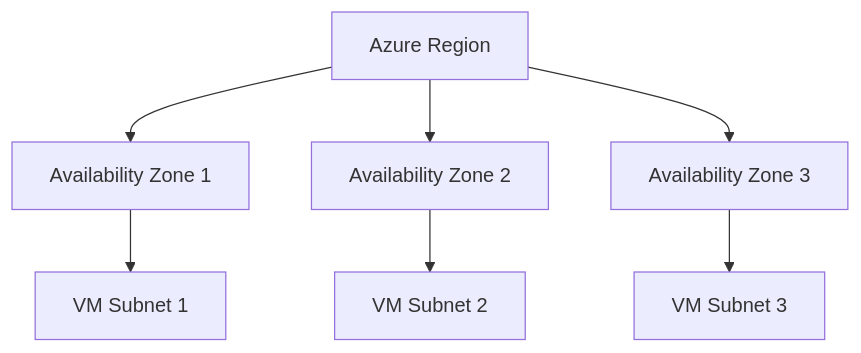
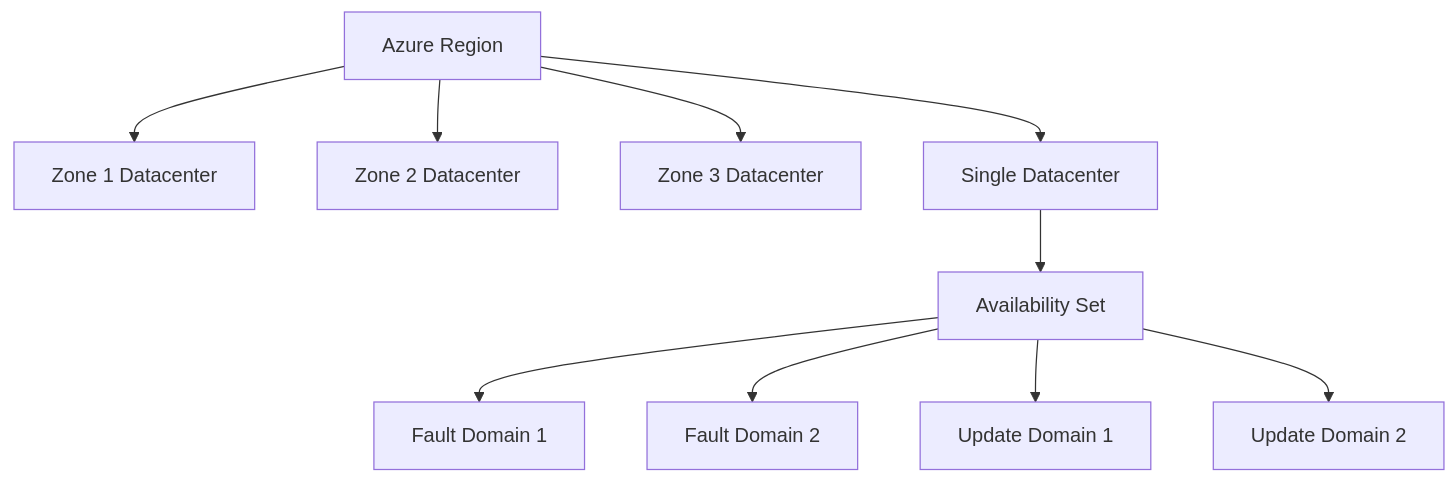
The diagram in docs/platform/availability-and-resiliency.md (yeongseon/azure-virtual-machine-practical-guide), drawn with Mermaid before and after one commit. The commit also changed other lines of this file and 44 other files, not shown here.

````diff
--- a/docs/platform/availability-and-resiliency.md
+++ b/docs/platform/availability-and-resiliency.md
@@ -18,9 +18,14 @@
 ```mermaid
 graph TD
-    Region[Azure Region] --> AZ1[Availability Zone 1]
-    Region --> AZ2[Availability Zone 2]
-    Region --> AZ3[Availability Zone 3]
-    AZ1 --> VM1[VM Subnet 1]
-    AZ2 --> VM2[VM Subnet 2]
-    AZ3 --> VM3[VM Subnet 3]
+    Region[Azure Region]
+    Region --> AZ1[Zone 1 Datacenter]
+    Region --> AZ2[Zone 2 Datacenter]
+    Region --> AZ3[Zone 3 Datacenter]
+
+    Region --> DC1[Single Datacenter]
+    DC1 --> ASet[Availability Set]
+    ASet --> FD1[Fault Domain 1]
+    ASet --> FD2[Fault Domain 2]
+    ASet --> UD1[Update Domain 1]
+    ASet --> UD2[Update Domain 2]
 ```
````
